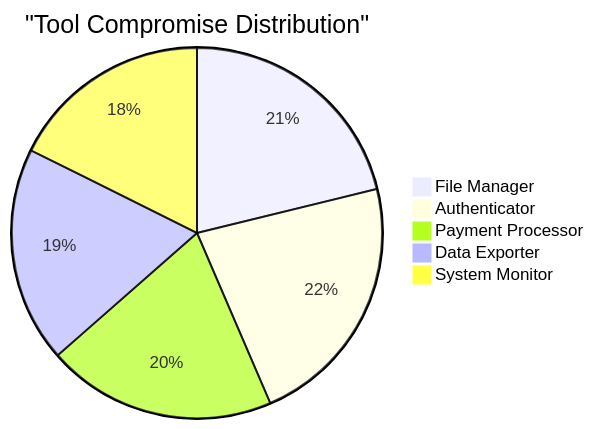
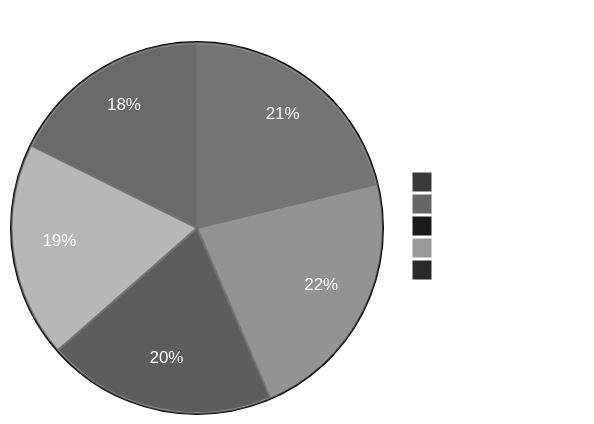
One commit to mbhatt1/agentic_lpci_framework changed the fourth of 7 diagrams in lpci_output/LPCI_ANALYSIS_REPORT.md. Above: the diagram before and after it, drawn with Mermaid. The commit also changed other lines of this file and 3 other files, not shown here.

````diff
--- a/lpci_output/LPCI_ANALYSIS_REPORT.md
+++ b/lpci_output/LPCI_ANALYSIS_REPORT.md
@@ -178,8 +201,25 @@
 ```mermaid
+%%{init: {
+  'theme': 'base',
+  'themeVariables': {
+    'pie1': '#3a3a3a',
+    'pie2': '#666666',
+    'pie3': '#1a1a1a',
+    'pie4': '#999999',
+    'pie5': '#2a2a2a',
+    'pieOuterLabelColor': '#ffffff',
+    'pieLegendTextColor': '#ffffff',
+    'pieSectionTextColor': '#ffffff',
+    'pieStrokeColor': '#666666',
+    'pieStrokeWidth': '2px',
+    'pieTitleTextSize': '20px',
+    'pieTitleTextColor': '#ffffff'
+  }
+}}%%
 pie title "Tool Compromise Distribution"
     "File Manager" : 90
     "Authenticator" : 95
     "Payment Processor" : 85
     "Data Exporter" : 80
     "System Monitor" : 75
 ```
````
